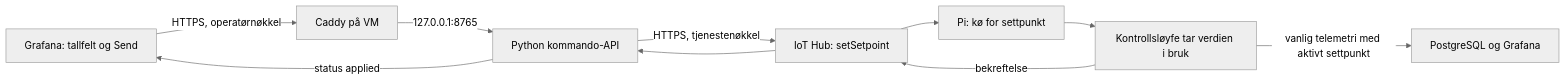
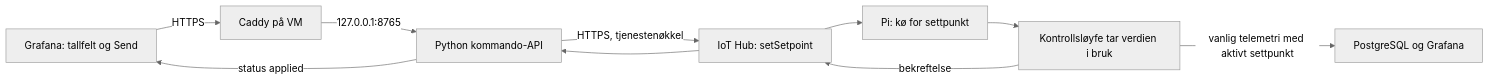
The diagram in GRAFANA_CONTROL.md (bjulf/air-heater2), drawn with Mermaid (neutral theme) before and after one commit. The commit also changed other lines of this file and 10 other files, not shown here.

````diff
--- a/GRAFANA_CONTROL.md
+++ b/GRAFANA_CONTROL.md
@@ -28,12 +28,12 @@
 ```mermaid
 flowchart LR
-    G[Grafana: tallfelt og Send] -->|HTTPS, operatørnøkkel| C[Caddy på VM]
+    G[Grafana: tallfelt og Send] -->|HTTPS| C[Caddy på VM]
     C -->|127.0.0.1:8765| A[Python kommando-API]
     A -->|HTTPS, tjenestenøkkel| H[IoT Hub: setSetpoint]
     H --> P[Pi: kø for settpunkt]
     P --> R[Kontrollsløyfe tar verdien i bruk]
     R -->|bekreftelse| H
     H --> A
     A -->|status applied| G
     R -->|vanlig telemetri med aktivt settpunkt| D[PostgreSQL og Grafana]
 ```
````
